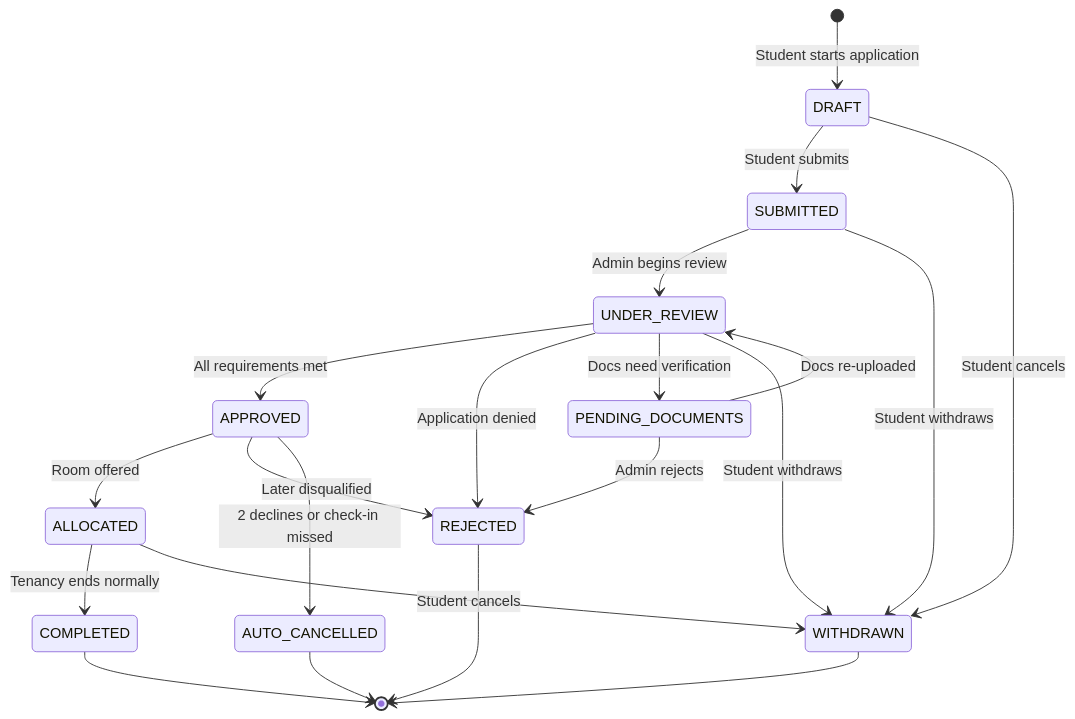
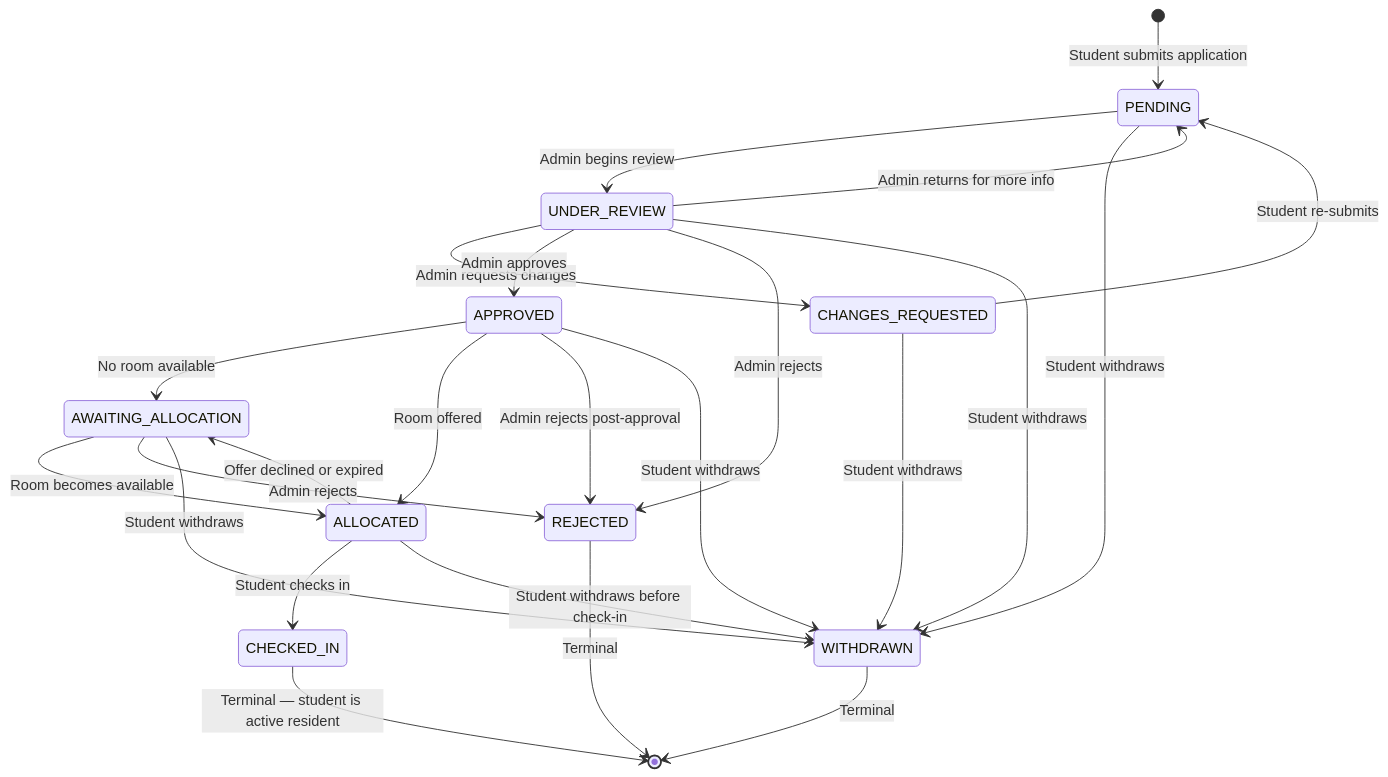
One commit to beezhub/student-accommodation-system changed the fifth of 10 diagrams in Requirements.md. Above: the diagram before and after it, drawn with Mermaid. The commit also changed other lines of this file and 20 other files, not shown here.

````diff
--- a/Requirements.md
+++ b/Requirements.md
@@ -587,29 +756,34 @@
 ```mermaid
 stateDiagram-v2
-    [*] --> DRAFT: Student starts application
-    DRAFT --> SUBMITTED: Student submits
-    DRAFT --> WITHDRAWN: Student cancels
+    [*] --> PENDING : Student submits application
 
-    SUBMITTED --> UNDER_REVIEW: Admin begins review
-    SUBMITTED --> WITHDRAWN: Student withdraws
+    PENDING --> UNDER_REVIEW : Admin begins review
+    PENDING --> WITHDRAWN : Student withdraws
 
-    UNDER_REVIEW --> APPROVED: All requirements met
-    UNDER_REVIEW --> REJECTED: Application denied
-    UNDER_REVIEW --> PENDING_DOCUMENTS: Docs need verification
-    UNDER_REVIEW --> WITHDRAWN: Student withdraws
+    UNDER_REVIEW --> PENDING : Admin returns for more info
+    UNDER_REVIEW --> CHANGES_REQUESTED : Admin requests changes
+    UNDER_REVIEW --> APPROVED : Admin approves
+    UNDER_REVIEW --> REJECTED : Admin rejects
+    UNDER_REVIEW --> WITHDRAWN : Student withdraws
 
-    PENDING_DOCUMENTS --> UNDER_REVIEW: Docs re-uploaded
-    PENDING_DOCUMENTS --> REJECTED: Admin rejects
+    CHANGES_REQUESTED --> PENDING : Student re-submits
+    CHANGES_REQUESTED --> WITHDRAWN : Student withdraws
 
-    APPROVED --> ALLOCATED: Room offered
-    APPROVED --> REJECTED: Later disqualified
-    APPROVED --> AUTO_CANCELLED: 2 declines or check-in missed
+    APPROVED --> AWAITING_ALLOCATION : No room available
+    APPROVED --> ALLOCATED : Room offered
+    APPROVED --> REJECTED : Admin rejects post-approval
+    APPROVED --> WITHDRAWN : Student withdraws
 
-    ALLOCATED --> COMPLETED: Tenancy ends normally
-    ALLOCATED --> WITHDRAWN: Student cancels
+    AWAITING_ALLOCATION --> ALLOCATED : Room becomes available
+    AWAITING_ALLOCATION --> REJECTED : Admin rejects
+    AWAITING_ALLOCATION --> WITHDRAWN : Student withdraws
 
-    REJECTED --> [*]
-    WITHDRAWN --> [*]
-    AUTO_CANCELLED --> [*]
-    COMPLETED --> [*]
+    ALLOCATED --> CHECKED_IN : Student checks in
+    ALLOCATED --> AWAITING_ALLOCATION : Offer declined or expired
+    ALLOCATED --> WITHDRAWN : Student withdraws before check-in
+
+    CHECKED_IN --> [*] : Terminal — student is active resident
+
+    REJECTED --> [*] : Terminal
+    WITHDRAWN --> [*] : Terminal
 ```
````
